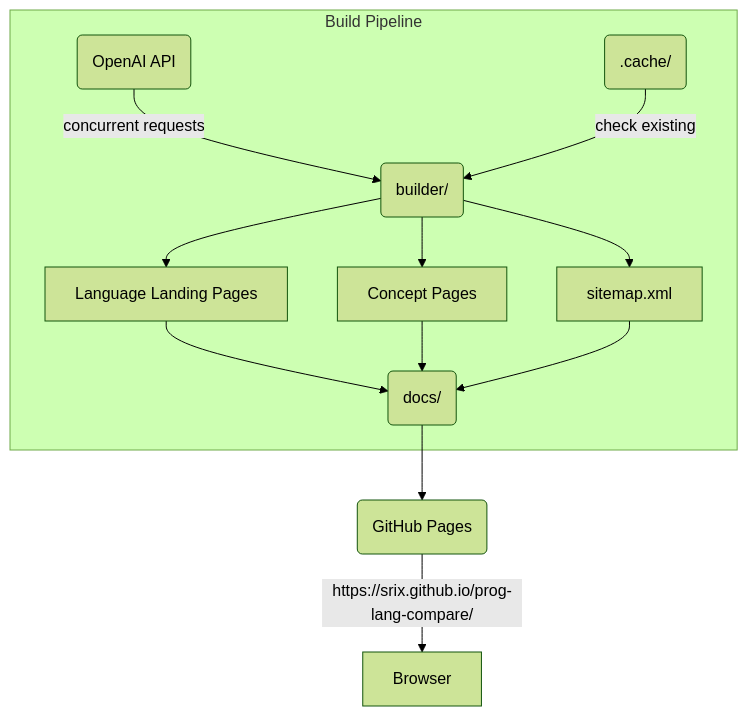
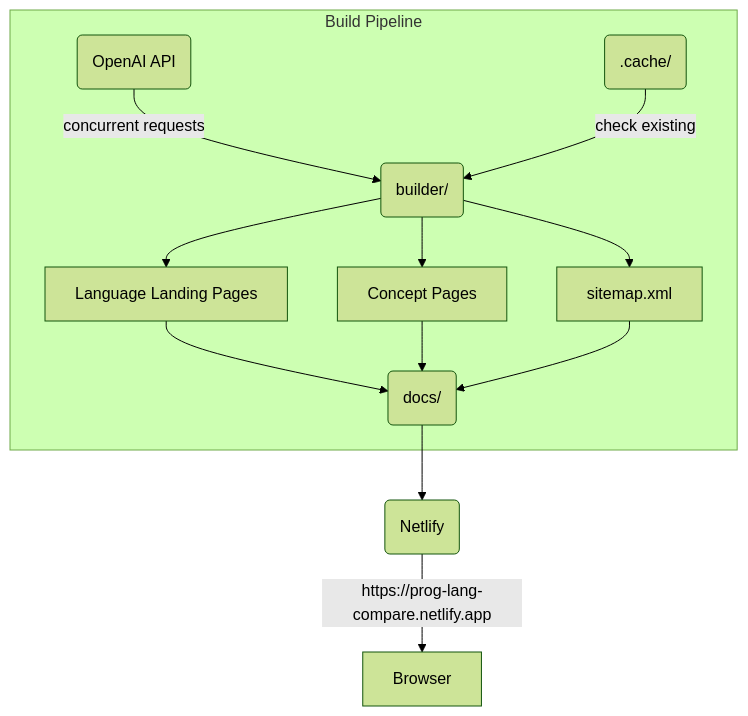
One commit to TARUNVSMK/prog-lang-compare changed the diagram in readme.md. Above: the diagram before and after it, drawn with Mermaid (forest theme). The commit also changed other lines of this file and 2297 other files, not shown here.

First line of the commit message:
Migrate hosting from GitHub Pages to Netlify

````diff
--- a/readme.md
+++ b/readme.md
@@ -68,16 +68,16 @@
 ```mermaid
 flowchart TD
-    github(GitHub Pages) --> |https://srix.github.io/prog-lang-compare/|browser[Browser]
-    docs(docs/) -->github
+    netlify(Netlify) --> |https://prog-lang-compare.netlify.app|browser[Browser]
+    docs(docs/) -->netlify
 
 subgraph build[Build Pipeline]
     openai(OpenAI API) -->|concurrent requests|builder(builder/)
     cache(.cache/) -->|check existing|builder
     builder --> landing[Language Landing Pages]
     builder --> concepts[Concept Pages]
     builder --> sitemap[sitemap.xml]
     landing --> docs
     concepts --> docs
     sitemap --> docs
 end
 ```
````
